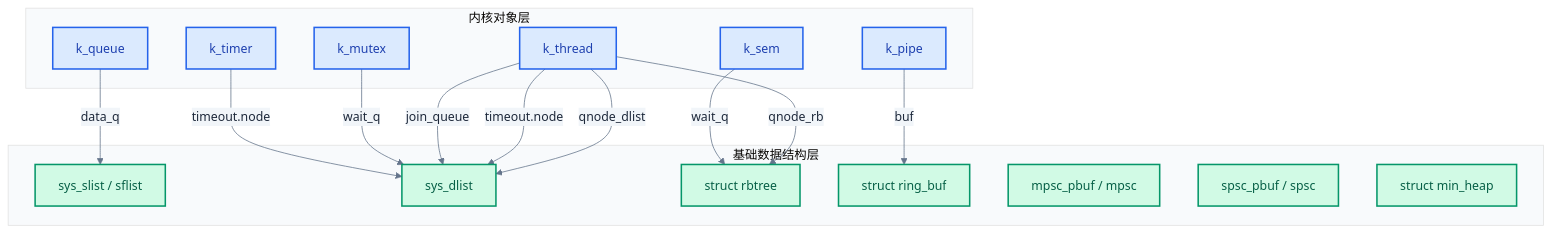
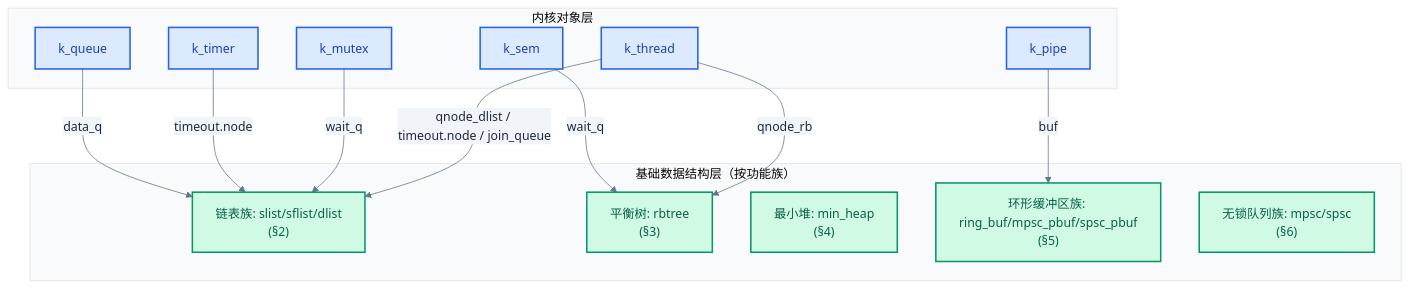
Before and after one commit to swjtuer326/cs-learning-notes: the second of 2 diagrams in zephyr-rtos/11-核心数据结构.md, drawn with Mermaid. The commit also changed other lines of this file and 78 other files, not shown here.

````diff
--- a/zephyr-rtos/11-核心数据结构.md
+++ b/zephyr-rtos/11-核心数据结构.md
@@ -974,34 +1138,30 @@
 ```mermaid
 %%{init: {"theme": "base", "themeVariables": {"primaryColor": "#f8fafc", "primaryTextColor": "#1e293b", "primaryBorderColor": "#475569", "lineColor": "#64748b", "secondaryColor": "#f1f5f9", "secondaryBorderColor": "#94a3b8", "tertiaryColor": "#f8fafc", "fontFamily": "\"trebuchet ms\", verdana, arial, sans-serif"}}}%%
 flowchart TD
     subgraph Kernel["内核对象层"]
         KThread["k_thread"]
         KMutex["k_mutex"]
         KSem["k_sem"]
         KTimer["k_timer"]
         KQueue["k_queue"]
         KPipe["k_pipe"]
     end
-    subgraph Foundation["基础数据结构层"]
-        SList["sys_slist / sflist"]
-        DList["sys_dlist"]
-        RBTree["struct rbtree"]
-        RingBuf["struct ring_buf"]
-        MPSC["mpsc_pbuf / mpsc"]
-        SPSC["spsc_pbuf / spsc"]
-        MinHeap["struct min_heap"]
+    subgraph Foundation["基础数据结构层（按功能族）"]
+        SList["链表族: slist/sflist/dlist<br/>(§2)"]
+        RBTree["平衡树: rbtree<br/>(§3)"]
+        MinHeap["最小堆: min_heap<br/>(§4)"]
+        RingBuf["环形缓冲区族: ring_buf/mpsc_pbuf/spsc_pbuf<br/>(§5)"]
+        LockFree["无锁队列族: mpsc/spsc<br/>(§6)"]
     end
-    KThread -->|qnode_dlist| DList
+    KThread -->|qnode_dlist / timeout.node / join_queue| SList
     KThread -->|qnode_rb| RBTree
-    KThread -->|timeout.node| DList
-    KThread -->|join_queue| DList
-    KMutex -->|wait_q| DList
+    KMutex -->|wait_q| SList
     KSem -->|wait_q| RBTree
-    KTimer -->|timeout.node| DList
+    KTimer -->|timeout.node| SList
     KQueue -->|data_q| SList
     KPipe -->|buf| RingBuf
     classDef kernel fill:#dbeafe, stroke:#2563eb, color:#1e40af, stroke-width:2px
     classDef foundation fill:#d1fae5, stroke:#059669, color:#065f46, stroke-width:2px
     class KThread,KMutex,KSem,KTimer,KQueue,KPipe kernel
-    class SList,DList,RBTree,RingBuf,MPSC,SPSC,MinHeap foundation
+    class SList,RBTree,MinHeap,RingBuf,LockFree foundation
 ```
````
